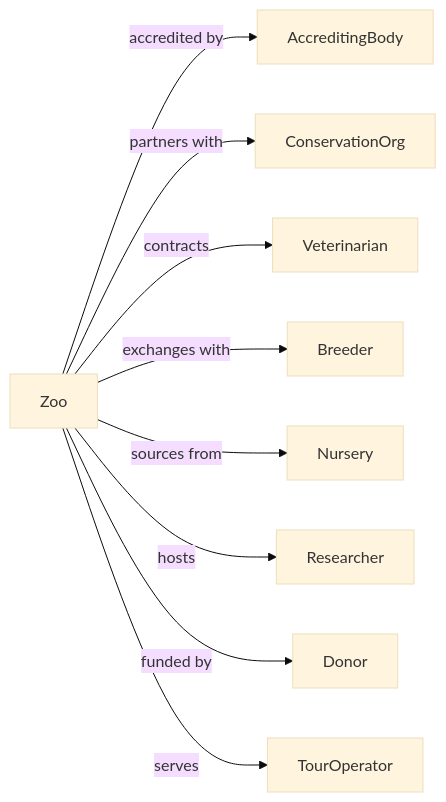
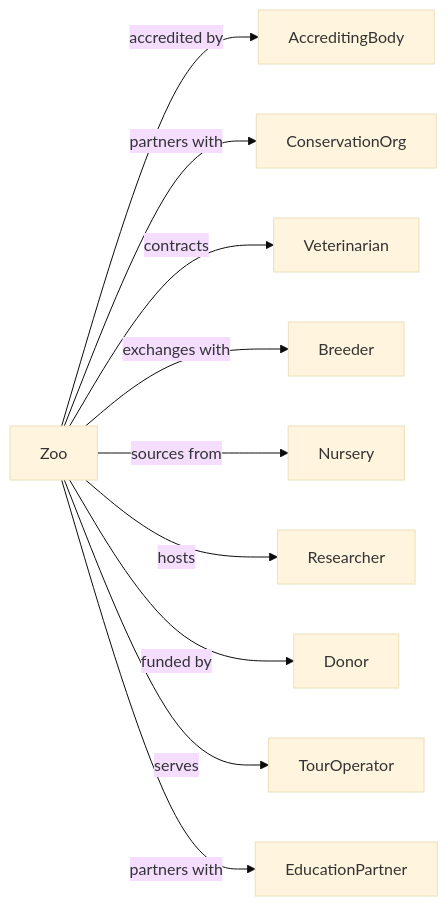
One commit to dot-org-ai/industries.org.ai changed the second of 2 diagrams in Arts/MuseumsHistoricalSitesAndSimilarInstitutions/MuseumsHistoricalSitesAndSimilarInstitutions/ZoosAndBotanicalGardens.mdx. Above: the diagram before and after it, drawn with Mermaid (base theme). The commit also changed 588 other files, not shown here.

````diff
--- a/Arts/MuseumsHistoricalSitesAndSimilarInstitutions/MuseumsHistoricalSitesAndSimilarInstitutions/ZoosAndBotanicalGardens.mdx
+++ b/Arts/MuseumsHistoricalSitesAndSimilarInstitutions/MuseumsHistoricalSitesAndSimilarInstitutions/ZoosAndBotanicalGardens.mdx
@@ -132,13 +132,14 @@
 ```mermaid
 graph LR
     Z[Zoo]
 
     Z -->|accredited by| AccreditingBody
     Z -->|partners with| ConservationOrg
     Z -->|contracts| Veterinarian
     Z -->|exchanges with| Breeder
     Z -->|sources from| Nursery
     Z -->|hosts| Researcher
     Z -->|funded by| Donor
     Z -->|serves| TourOperator
+    Z -->|partners with| EducationPartner
 ```
````
